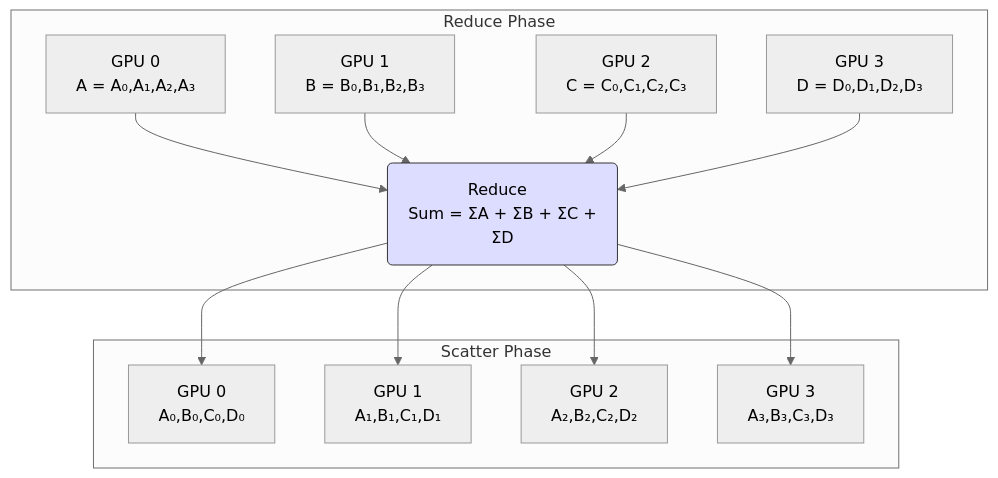
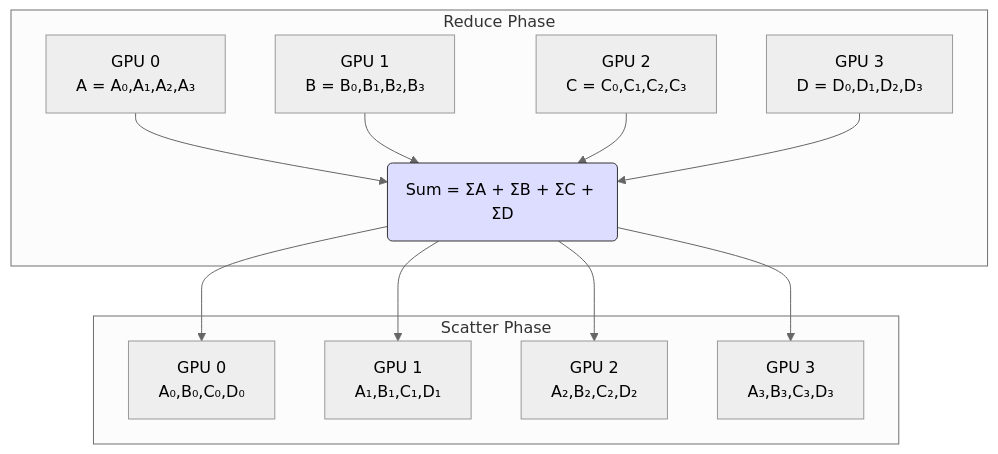
One commit to jianzhnie/ScaleTorch changed the sixth of 8 diagrams in doc/分布式集合通信和通信原语.md. Above: the diagram before and after it, drawn with Mermaid (neutral theme). The commit also changed other lines of this file and 2 other files, not shown here.

````diff
--- a/doc/分布式集合通信和通信原语.md
+++ b/doc/分布式集合通信和通信原语.md
@@ -161,16 +161,16 @@
 ```mermaid
 graph TD
     subgraph Reduce Phase
-        A[GPU 0 <br> A = A₀,A₁,A₂,A₃] --> R(Reduce  <br> Sum = ΣA + ΣB + ΣC + ΣD)
+        A[GPU 0 <br> A = A₀,A₁,A₂,A₃] --> R(Sum = ΣA + ΣB + ΣC + ΣD)
         B[GPU 1 <br> B = B₀,B₁,B₂,B₃] --> R
         C[GPU 2 <br> C = C₀,C₁,C₂,C₃] --> R
         D[GPU 3 <br> D = D₀,D₁,D₂,D₃] --> R
     end
     subgraph Scatter Phase
         R --> E[GPU 0 <br> A₀,B₀,C₀,D₀]
         R --> F[GPU 1 <br> A₁,B₁,C₁,D₁]
         R --> G[GPU 2 <br> A₂,B₂,C₂,D₂]
         R --> H[GPU 3 <br> A₃,B₃,C₃,D₃]
     end
     style R fill:#ddf,stroke:#333
 ```
````
